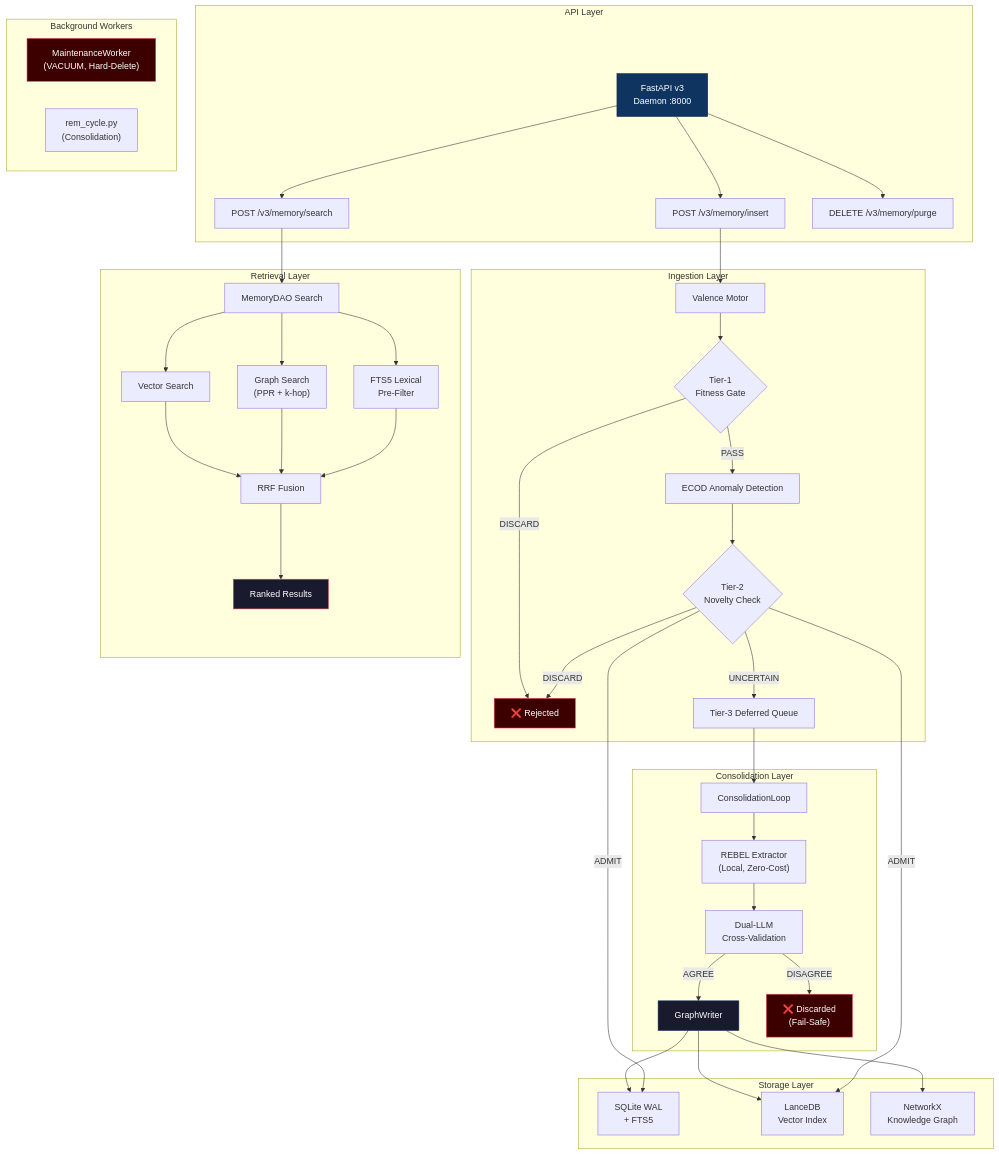
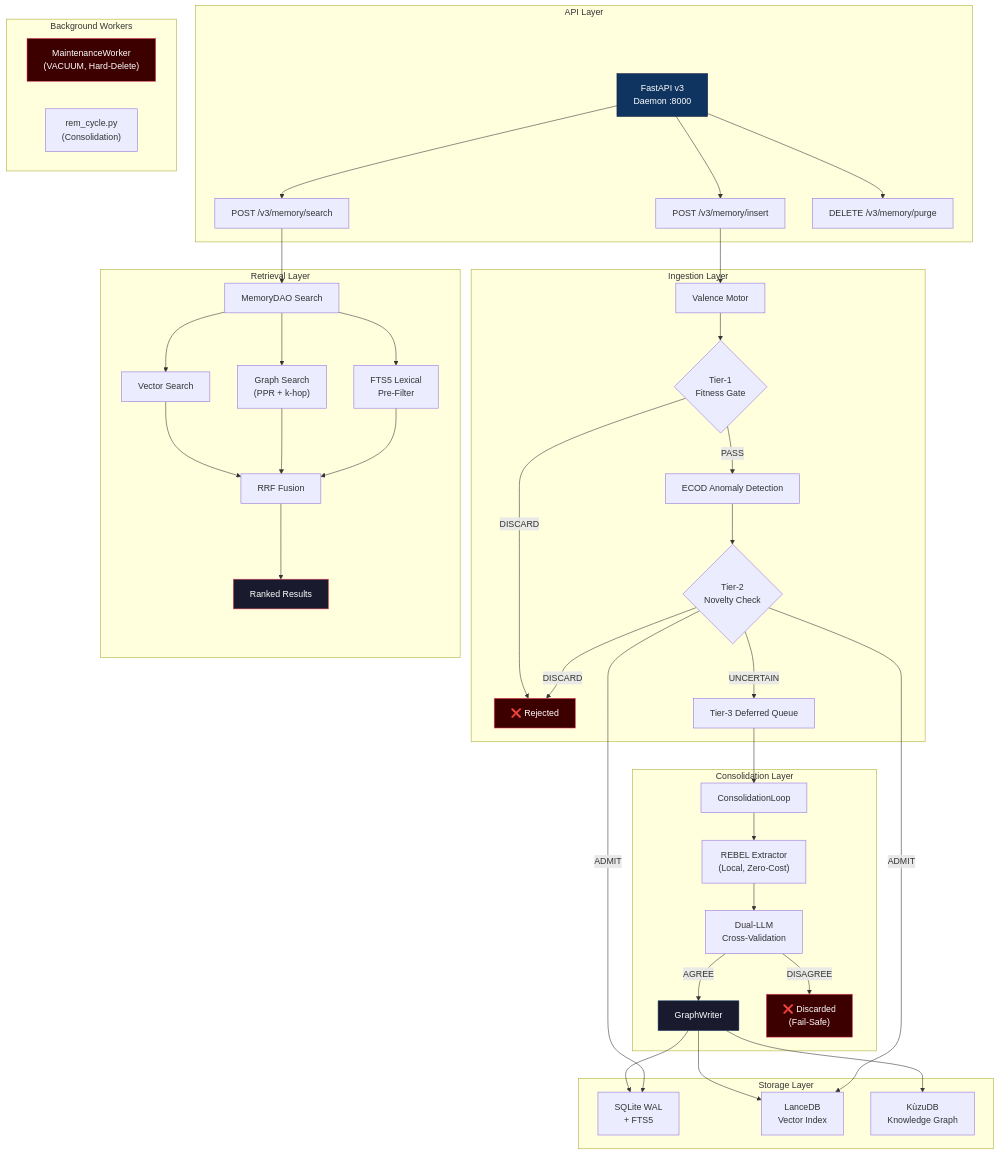
Before and after one commit to Yasou13/MESA: the diagram in README.md, drawn with Mermaid. The commit also changed other lines of this file and 29 other files, not shown here.

````diff
--- a/README.md
+++ b/README.md
@@ -189,58 +189,58 @@
 ```mermaid
 graph TB
     subgraph "API Layer"
         T["FastAPI v3<br/>Daemon :8000"] --> INS["POST /v3/memory/insert"]
         T --> SCH["POST /v3/memory/search"]
         T --> PRG["DELETE /v3/memory/purge"]
     end
 
     subgraph "Ingestion Layer"
         INS --> B["Valence Motor"]
         B --> C{"Tier-1<br/>Fitness Gate"}
         C -->|DISCARD| X1["❌ Rejected"]
         C -->|PASS| D["ECOD Anomaly Detection"]
         D --> E{"Tier-2<br/>Novelty Check"}
         E -->|DISCARD| X1
         E -->|UNCERTAIN| F["Tier-3 Deferred Queue"]
     end
 
     subgraph "Consolidation Layer"
         F --> G["ConsolidationLoop"]
         G --> H["REBEL Extractor<br/>(Local, Zero-Cost)"]
         H --> I["Dual-LLM<br/>Cross-Validation"]
         I -->|AGREE| J["GraphWriter"]
         I -->|DISAGREE| X2["❌ Discarded<br/>(Fail-Safe)"]
     end
 
     subgraph "Storage Layer"
         J --> K["SQLite WAL<br/>+ FTS5"]
         J --> L["LanceDB<br/>Vector Index"]
-        J --> M["NetworkX<br/>Knowledge Graph"]
+        J --> M["KùzuDB<br/>Knowledge Graph"]
     end
 
     subgraph "Retrieval Layer"
         SCH --> O["MemoryDAO Search"]
         O --> P["Vector Search"]
         O --> Q["Graph Search<br/>(PPR + k-hop)"]
         O --> R["FTS5 Lexical<br/>Pre-Filter"]
         P --> S["RRF Fusion"]
         Q --> S
         R --> S
         S --> RES["Ranked Results"]
     end
 
     subgraph "Background Workers"
         MW["MaintenanceWorker<br/>(VACUUM, Hard-Delete)"]
         REM["rem_cycle.py<br/>(Consolidation)"]
     end
 
     E -->|ADMIT| K
     E -->|ADMIT| L
 
     style T fill:#0f3460,stroke:#16213e,color:#fff
     style J fill:#1a1a2e,stroke:#0f3460,color:#fff
     style RES fill:#1a1a2e,stroke:#e94560,color:#fff
     style X1 fill:#3d0000,stroke:#e94560,color:#fff
     style X2 fill:#3d0000,stroke:#e94560,color:#fff
     style MW fill:#3d0000,stroke:#e94560,color:#fff
 ```
````
